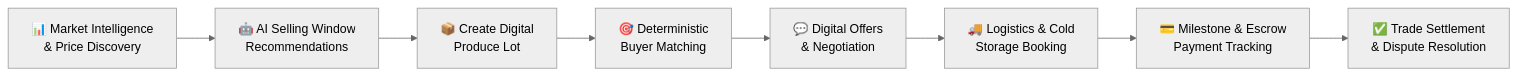
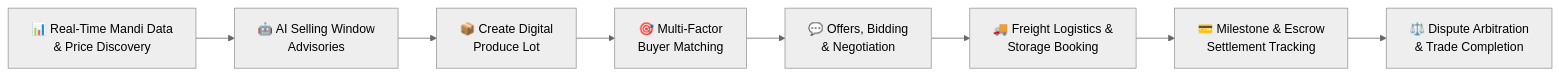
The first of 2 diagrams in README.md (Manikantasai1724/AgriLink), drawn with Mermaid (neutral theme) before and after one commit. The commit also changed other lines of this file and 12 other files, not shown here.

````diff
--- a/README.md
+++ b/README.md
@@ -57,10 +55,10 @@
 ```mermaid
 flowchart LR
-    A[📊 Market Intelligence<br/>& Price Discovery] --> B[🤖 AI Selling Window<br/>Recommendations]
+    A[📊 Real-Time Mandi Data<br/>& Price Discovery] --> B[🤖 AI Selling Window<br/>Advisories]
     B --> C[📦 Create Digital<br/>Produce Lot]
-    C --> D[🎯 Deterministic<br/>Buyer Matching]
-    D --> E[💬 Digital Offers<br/>& Negotiation]
-    E --> F[🚚 Logistics & Cold<br/>Storage Booking]
-    F --> G[💳 Milestone & Escrow<br/>Payment Tracking]
-    G --> H[✅ Trade Settlement<br/>& Dispute Resolution]
+    C --> D[🎯 Multi-Factor<br/>Buyer Matching]
+    D --> E[💬 Offers, Bidding<br/>& Negotiation]
+    E --> F[🚚 Freight Logistics &<br/>Storage Booking]
+    F --> G[💳 Milestone & Escrow<br/>Settlement Tracking]
+    G --> H[⚖️ Dispute Arbitration<br/>& Trade Completion]
 ```
````
